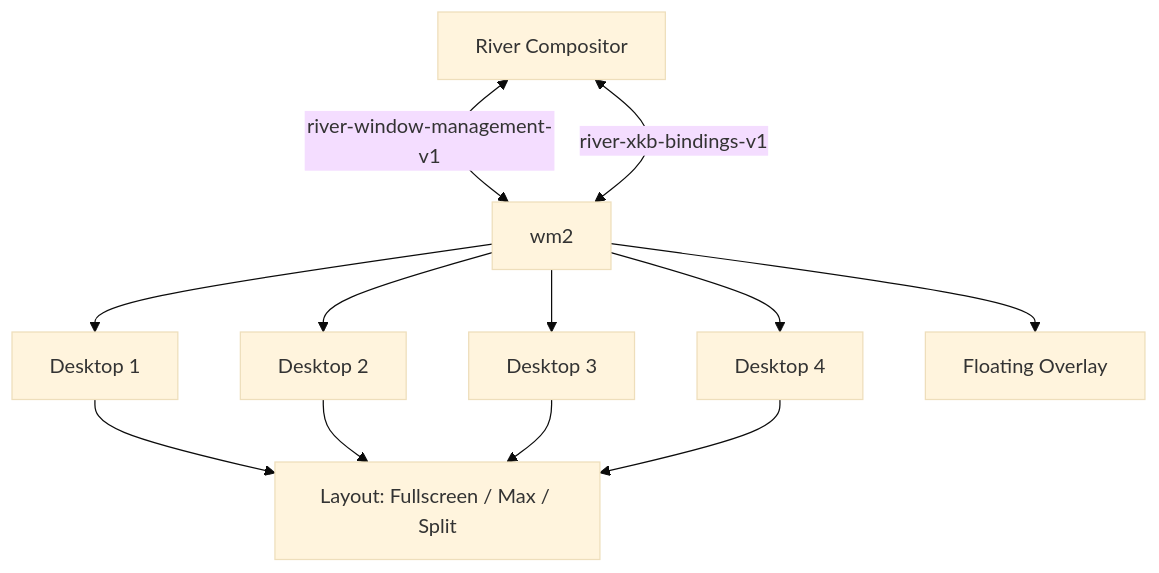
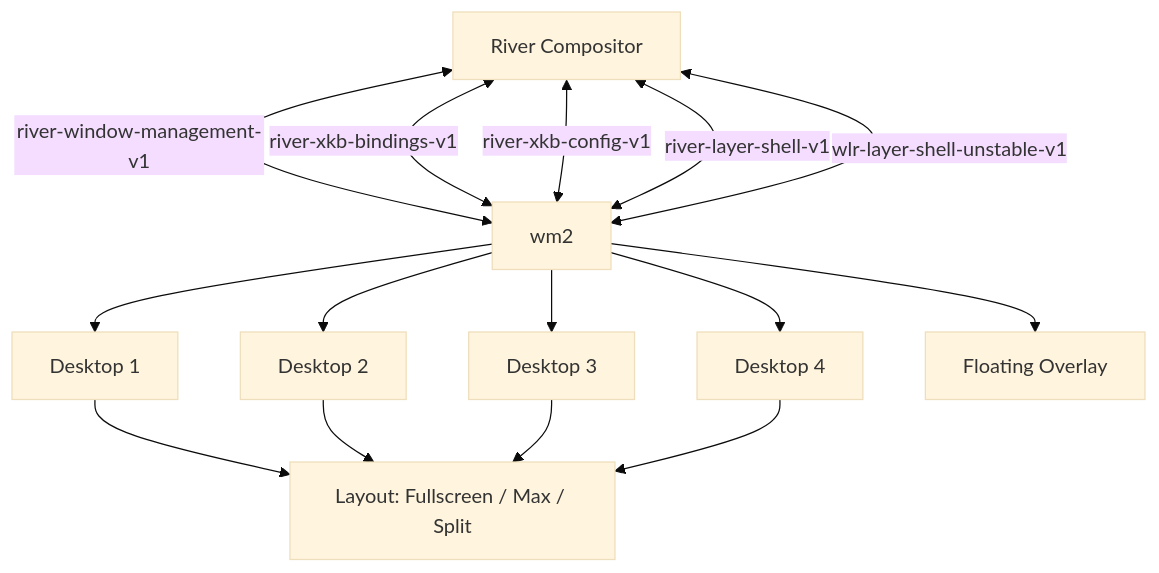
Before and after one commit to hholst80/wm2: the diagram in README.md, drawn with Mermaid (base theme). The commit also changed other lines of this file and 1 other file, not shown here.

````diff
--- a/README.md
+++ b/README.md
@@ -178,14 +194,17 @@
 ```mermaid
 graph TD
     A[River Compositor] <-->|river-window-management-v1| B[wm2]
     A <-->|river-xkb-bindings-v1| B
+    A <-->|river-xkb-config-v1| B
+    A <-->|river-layer-shell-v1| B
+    A <-->|wlr-layer-shell-unstable-v1| B
     B --> C[Desktop 1]
     B --> D[Desktop 2]
     B --> E[Desktop 3]
     B --> F[Desktop 4]
     B --> G[Floating Overlay]
     C --> H[Layout: Fullscreen / Max / Split]
     D --> H
     E --> H
     F --> H
 ```
````
